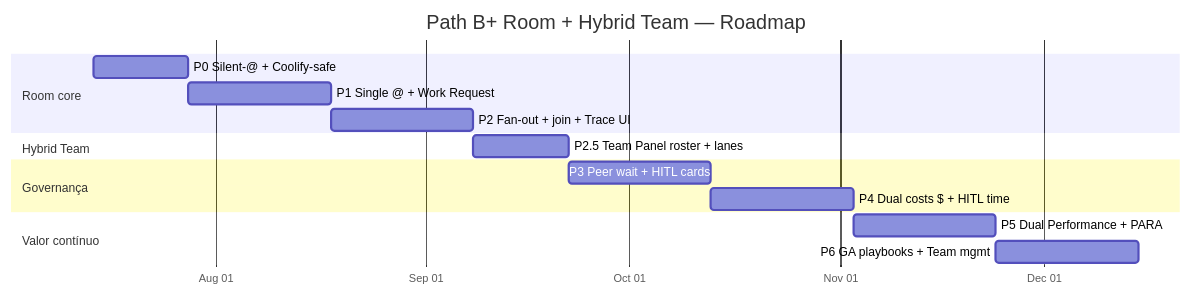
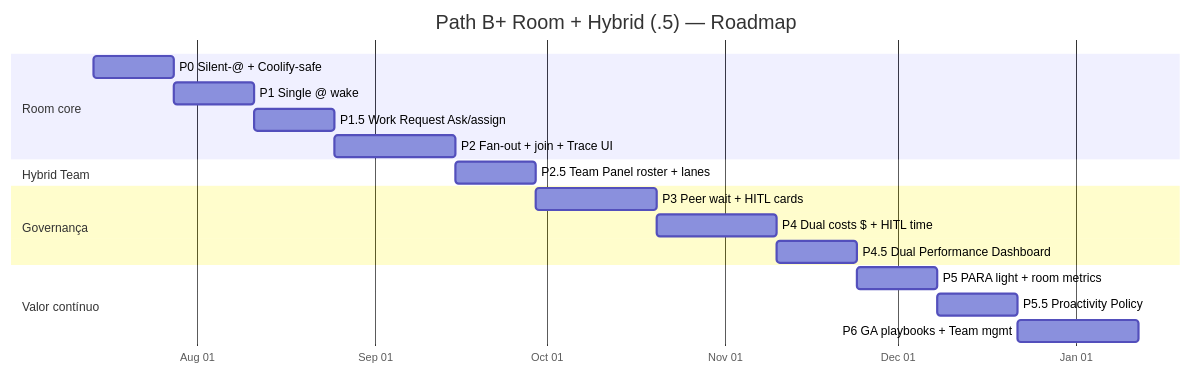
Before and after one commit to paperclipai/paperclip: the diagram in docs/bizcursor/plans/2026-07-09-paperclip-slack-room-a2a.md, drawn with Mermaid. The commit also changed other lines of this file and 6 other files, not shown here.

First line of the commit message:
docs(bizcursor): cycle 4C Path B+ hybrid product plan V2

````diff
--- a/docs/bizcursor/plans/2026-07-09-paperclip-slack-room-a2a.md
+++ b/docs/bizcursor/plans/2026-07-09-paperclip-slack-room-a2a.md
@@ -131,22 +183,25 @@
 ```mermaid
 gantt
-    title Path B+ Room + Hybrid Team — Roadmap
+    title Path B+ Room + Hybrid (.5) — Roadmap
     dateFormat  YYYY-MM-DD
     axisFormat  %b %d
 
     section Room core
     P0 Silent-@ + Coolify-safe           :p0, 2026-07-14, 14d
-    P1 Single @ + Work Request           :p1, after p0, 21d
-    P2 Fan-out + join + Trace UI         :p2, after p1, 21d
+    P1 Single @ wake                     :p1, after p0, 14d
+    P1.5 Work Request Ask/assign         :p15, after p1, 14d
+    P2 Fan-out + join + Trace UI         :p2, after p15, 21d
 
     section Hybrid Team
     P2.5 Team Panel roster + lanes       :p25, after p2, 14d
 
     section Governança
     P3 Peer wait + HITL cards            :p3, after p25, 21d
     P4 Dual costs $ + HITL time          :p4, after p3, 21d
+    P4.5 Dual Performance Dashboard      :p45, after p4, 14d
 
     section Valor contínuo
-    P5 Dual Performance + PARA           :p5, after p4, 21d
-    P6 GA playbooks + Team mgmt          :p6, after p5, 21d
+    P5 PARA light + room metrics         :p5, after p45, 14d
+    P5.5 Proactivity Policy              :p55, after p5, 14d
+    P6 GA playbooks + Team mgmt          :p6, after p55, 21d
 ```
````
